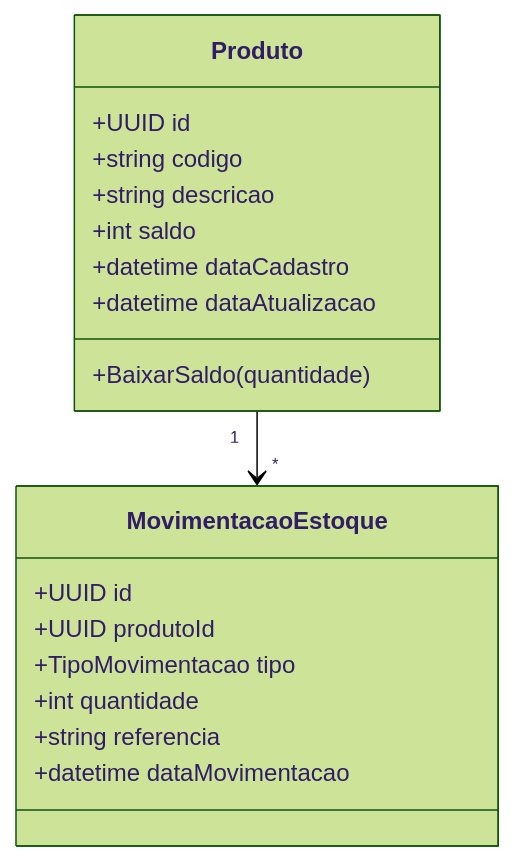
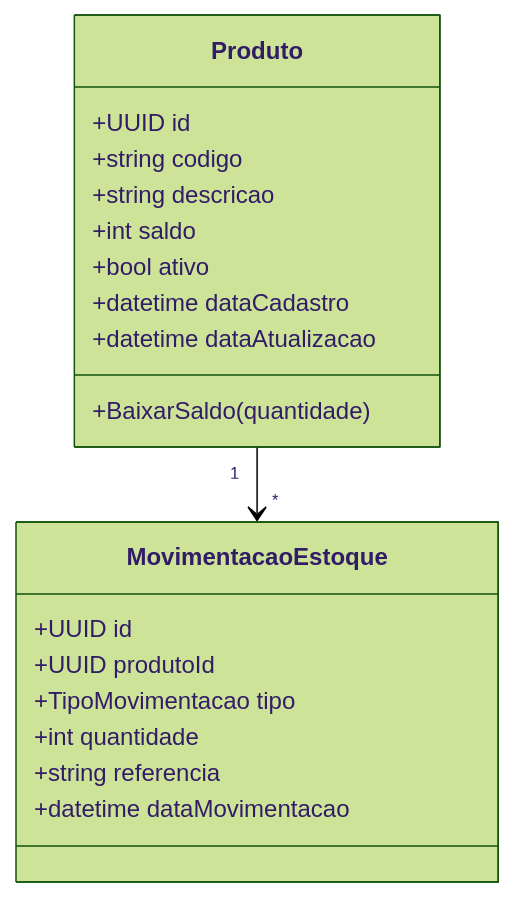
Before and after one commit to CayoHenri/Korp_Teste_CaioHenrique: the second of 7 diagrams in docs/README_MODELO_DOMINIO.md, drawn with Mermaid (forest theme). The commit also changed other lines of this file and 21 other files, not shown here.

````diff
--- a/docs/README_MODELO_DOMINIO.md
+++ b/docs/README_MODELO_DOMINIO.md
@@ -90,23 +95,24 @@
 ```mermaid
 classDiagram
     class Produto {
         +UUID id
         +string codigo
         +string descricao
         +int saldo
+        +bool ativo
         +datetime dataCadastro
         +datetime dataAtualizacao
         +BaixarSaldo(quantidade)
     }
 
     class MovimentacaoEstoque {
         +UUID id
         +UUID produtoId
         +TipoMovimentacao tipo
         +int quantidade
         +string referencia
         +datetime dataMovimentacao
     }
 
     Produto "1" --> "*" MovimentacaoEstoque
 ```
````
